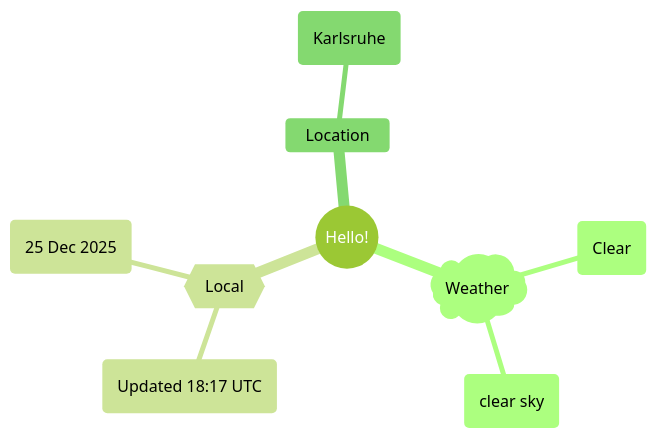
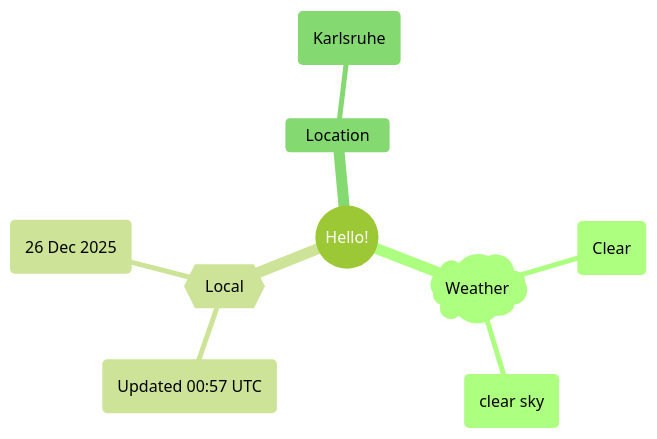
One commit to Xosrov/Xosrov changed the first of 2 diagrams in README.md. Above: the diagram before and after it, drawn with Mermaid (forest theme).

Commit message:
[bot] updated images

````diff
--- a/README.md
+++ b/README.md
@@ -3,12 +3,12 @@
 ```mermaid
 mindmap
   root((Hello!))
     )Weather(
         (Clear)
         (clear sky)
     {{Local}}
-        (Updated 18:17 UTC)
-        (25 Dec 2025)
+        (Updated 00:57 UTC)
+        (26 Dec 2025)
     Location
         (Karlsruhe)
 ```
````
